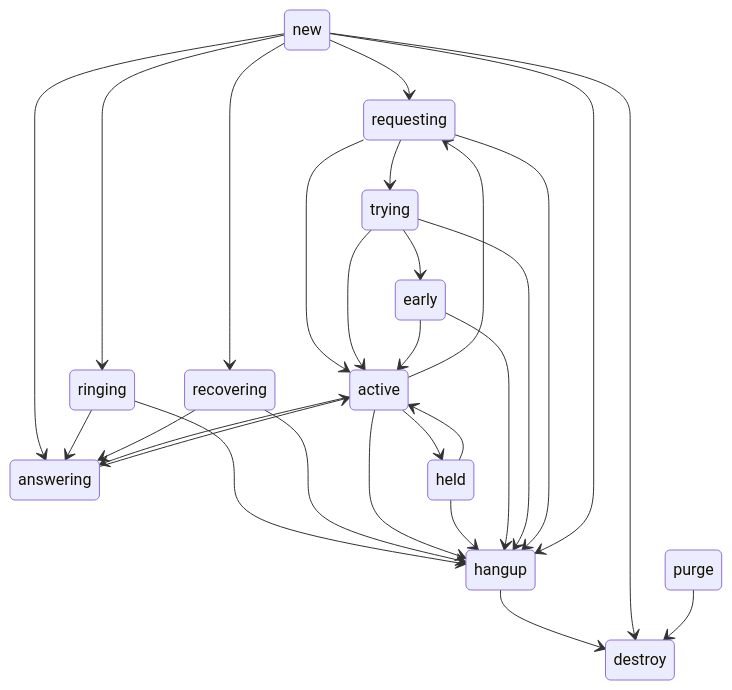
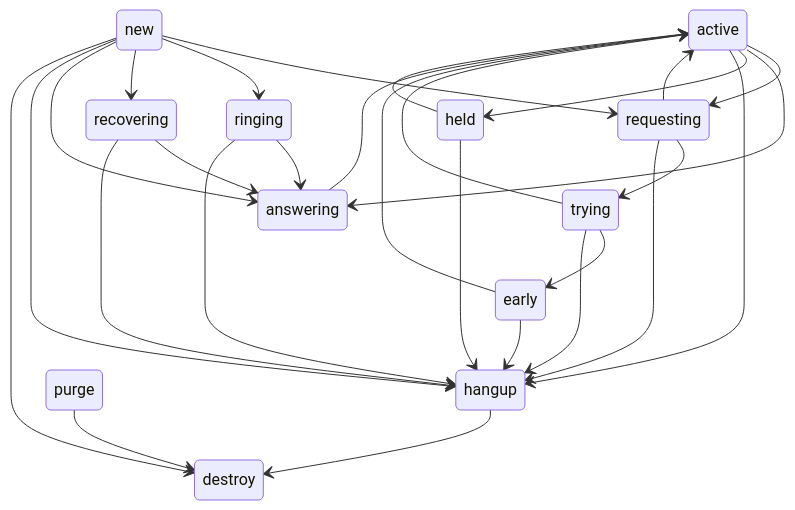
The fourth of 4 diagrams in verto-design.md (bjenning04/foam), drawn with Mermaid before and after one commit. The commit also changed other lines of this file, not shown here.

````diff
--- a/verto-design.md
+++ b/verto-design.md
@@ -318,38 +318,38 @@
 ```mermaid
 stateDiagram
+    active --> requesting
     new --> requesting
     new --> ringing
     new --> recovering
     new --> answering
     ringing --> answering
     recovering --> answering
 
     requesting --> active
     requesting --> trying
     
 
     trying --> active
     trying --> early
 
     early --> active
 
-    active --> requesting
     active --> answering
     active --> held
 
     answering --> active
 
     held --> active
 
     ringing --> hangup
     recovering --> hangup
     active --> hangup
     held --> hangup
     early --> hangup
     trying --> hangup
     requesting --> hangup
     new --> hangup
     hangup --> destroy
     new --> destroy
     purge --> destroy
 ```
````
